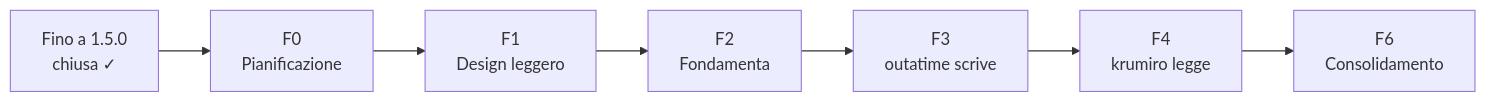
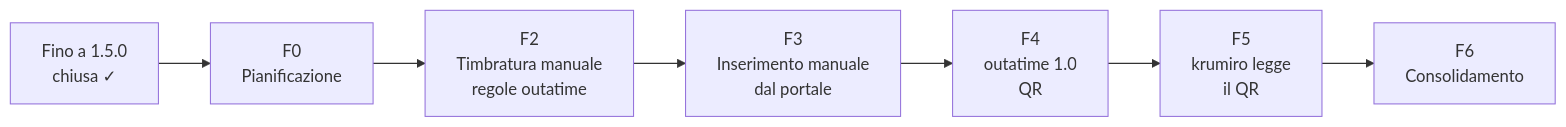
Before and after one commit to gcampa/krumiro2.0: the diagram in docs/implementation/roadmap.md, drawn with Mermaid. The commit also changed other lines of this file and 7 other files, not shown here.

First line of the commit message:
docs: F0 - architettura QR, regole outatime e nuovo ordine delle fasi

````diff
--- a/docs/implementation/roadmap.md
+++ b/docs/implementation/roadmap.md
@@ -7,5 +7,5 @@
 ```mermaid
 flowchart LR
-    F00[Fino a 1.5.0<br/>chiusa ✓] --> F0[F0<br/>Pianificazione] --> F1[F1<br/>Design leggero] --> F2[F2<br/>Fondamenta]
-    F2 --> F3[F3<br/>outatime scrive] --> F4[F4<br/>krumiro legge] --> F6[F6<br/>Consolidamento]
+    F00[Fino a 1.5.0<br/>chiusa ✓] --> F0[F0<br/>Pianificazione] --> F2[F2<br/>Timbratura manuale<br/>regole outatime]
+    F2 --> F3[F3<br/>Inserimento manuale<br/>dal portale] --> F4[F4<br/>outatime 1.0<br/>QR] --> F5[F5<br/>krumiro legge<br/>il QR] --> F6[F6<br/>Consolidamento]
 ```
````
